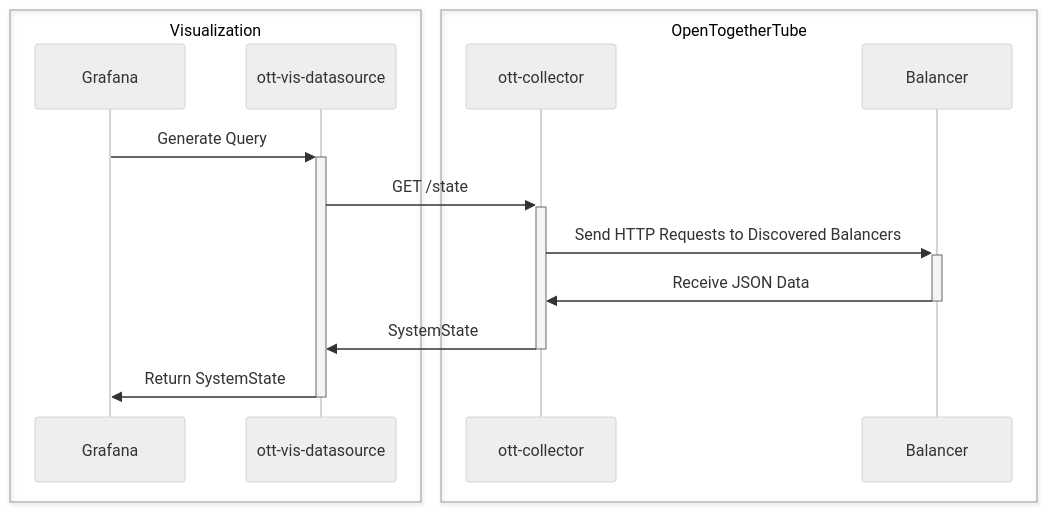
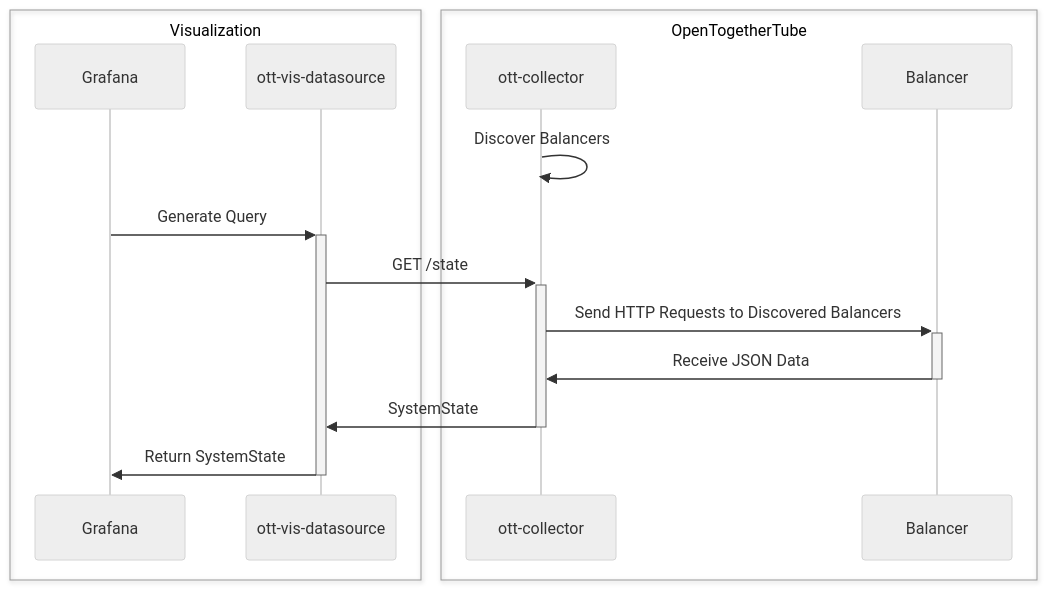
Before and after one commit to dyc3/senior-design: the diagram in figures/vis/visualization-balancer-datasource-sequence.mmd, drawn with Mermaid (neutral theme).

```diff
--- a/figures/vis/visualization-balancer-datasource-sequence.mmd
+++ b/figures/vis/visualization-balancer-datasource-sequence.mmd
@@ -1,17 +1,18 @@
 sequenceDiagram
     box Visualization
     participant Grafana
     participant ott-vis-datasource
     end
 
     box OpenTogetherTube
     participant ott-collector
     participant Balancer
     end
 
+    ott-collector->>ott-collector: Discover Balancers
     Grafana->>+ott-vis-datasource: Generate Query
     ott-vis-datasource->>+ott-collector: GET /state
     ott-collector->>+Balancer: Send HTTP Requests to Discovered Balancers
     Balancer->>-ott-collector: Receive JSON Data
     ott-collector->>-ott-vis-datasource: SystemState
     ott-vis-datasource->>-Grafana: Return SystemState
```
